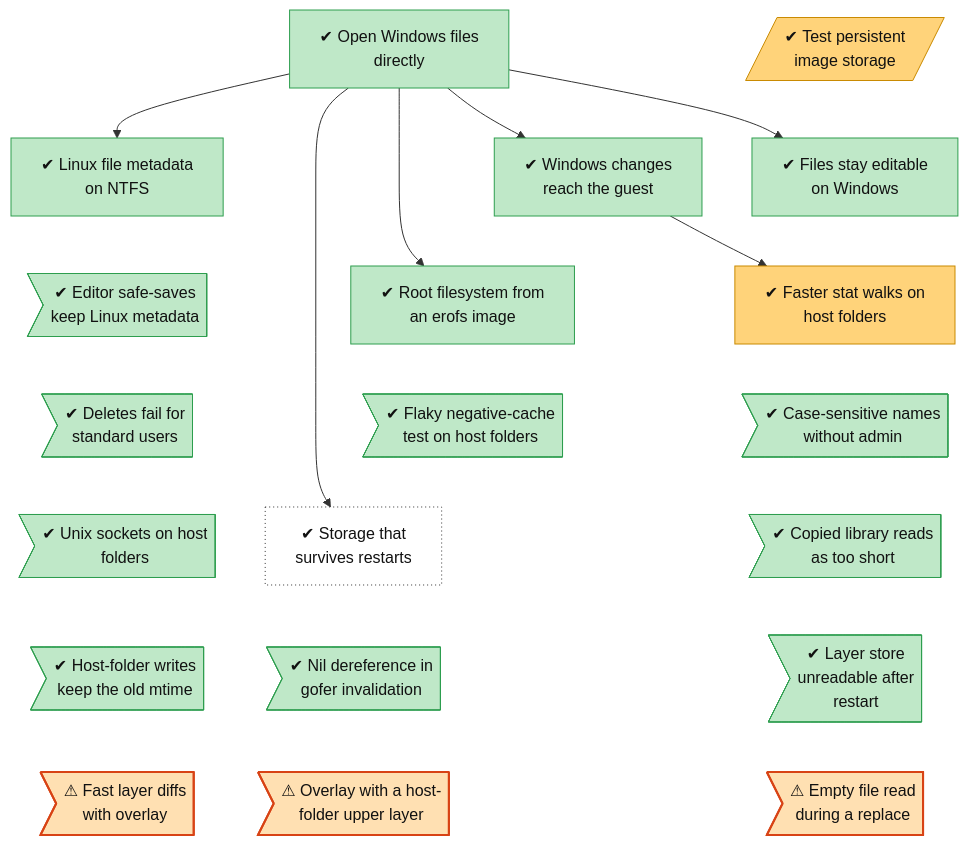
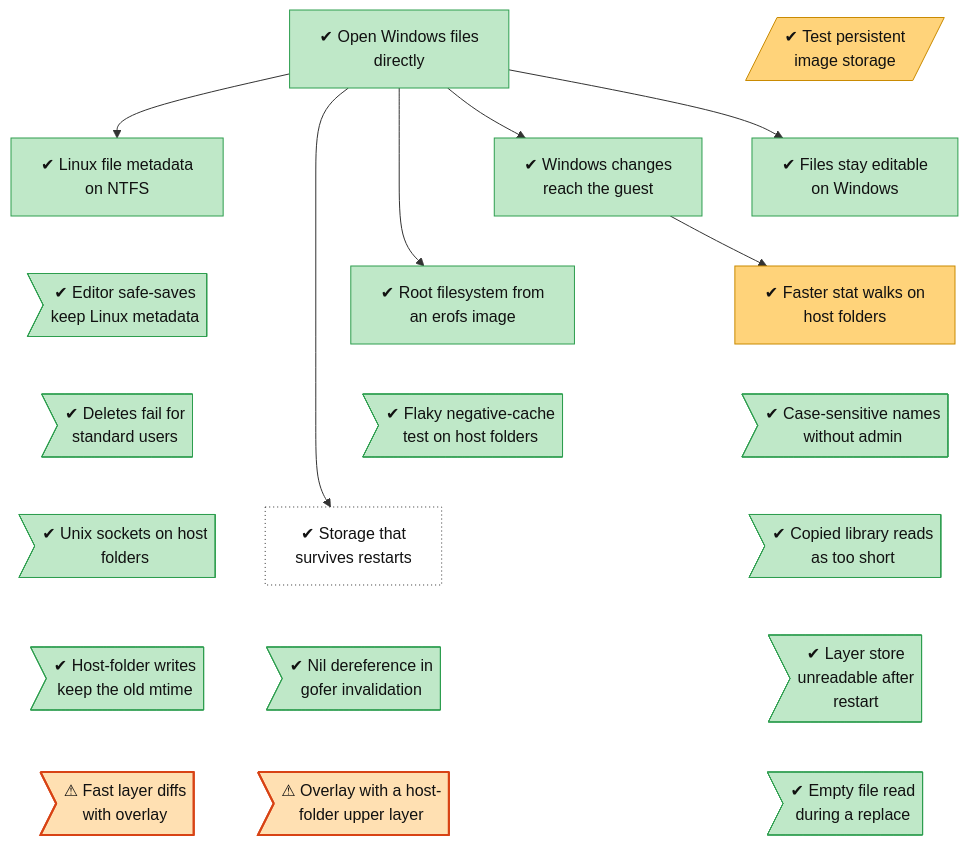
The diagram in docs/roadmap/tracks/fs.md (lhns/gvisor-windows), drawn with Mermaid before and after one commit. The commit also changed other lines of this file and 2 other files, not shown here.

Commit message:
Tree: aptrename passes 5 of 5 on the development VM

````diff
--- a/docs/roadmap/tracks/fs.md
+++ b/docs/roadmap/tracks/fs.md
@@ -10,65 +10,65 @@
 ```mermaid
 flowchart TB
     fs_persistent_image_storage[/"✔ Test persistent<br/>image storage"/]
     fs_windows_directfs["✔ Open Windows files<br/>directly"]
     fs_change_notifications["✔ Windows changes<br/>reach the guest"]
     fs_linux_metadata_on_ntfs["✔ Linux file metadata<br/>on NTFS"]
     fs_handles_do_not_block_users["✔ Files stay editable<br/>on Windows"]
     fs_root_filesystem_source["✔ Root filesystem from<br/>an erofs image"]
     fs_safe_save_keeps_metadata>"✔ Editor safe-saves<br/>keep Linux metadata"]
     fs_attribute_cache["✔ Faster stat walks on<br/>host folders"]
     fs_flaky_negative_cache_test>"✔ Flaky negative-cache<br/>test on host folders"]
     fs_standard_user_delete_rights>"✔ Deletes fail for<br/>standard users"]
     fs_case_sensitivity_without_admin>"✔ Case-sensitive names<br/>without admin"]
     fs_persistent_storage_impl["✔ Storage that<br/>survives restarts"]
     fs_unix_sockets_on_host_folders>"✔ Unix sockets on host<br/>folders"]
     fs_copied_file_too_short>"✔ Copied library reads<br/>as too short"]
     fs_disown_children_nil_deref>"✔ Nil dereference in<br/>gofer invalidation"]
     fs_host_folder_mtime_resolution>"✔ Host-folder writes<br/>keep the old mtime"]
     fs_layer_store_corrupt_after_restart>"✔ Layer store<br/>unreadable after<br/>restart"]
     fs_overlay_upper_on_host_folder>"⚠ Overlay with a host-<br/>folder upper layer"]
     fs_overlay_native_diff>"⚠ Fast layer diffs<br/>with overlay"]
-    fs_layers_empty_on_slow_host>"⚠ Empty file read<br/>during a replace"]
+    fs_layers_empty_on_slow_host>"✔ Empty file read<br/>during a replace"]
     fs_persistent_image_storage ~~~ fs_change_notifications
     fs_windows_directfs ~~~ fs_linux_metadata_on_ntfs
     fs_windows_directfs ~~~ fs_handles_do_not_block_users
     fs_change_notifications ~~~ fs_root_filesystem_source
     fs_linux_metadata_on_ntfs ~~~ fs_safe_save_keeps_metadata
     fs_handles_do_not_block_users ~~~ fs_attribute_cache
     fs_root_filesystem_source ~~~ fs_flaky_negative_cache_test
     fs_safe_save_keeps_metadata ~~~ fs_standard_user_delete_rights
     fs_attribute_cache ~~~ fs_case_sensitivity_without_admin
     fs_flaky_negative_cache_test ~~~ fs_persistent_storage_impl
     fs_standard_user_delete_rights ~~~ fs_unix_sockets_on_host_folders
     fs_case_sensitivity_without_admin ~~~ fs_copied_file_too_short
     fs_persistent_storage_impl ~~~ fs_disown_children_nil_deref
     fs_unix_sockets_on_host_folders ~~~ fs_host_folder_mtime_resolution
     fs_copied_file_too_short ~~~ fs_layer_store_corrupt_after_restart
     fs_disown_children_nil_deref ~~~ fs_overlay_upper_on_host_folder
     fs_host_folder_mtime_resolution ~~~ fs_overlay_native_diff
     fs_layer_store_corrupt_after_restart ~~~ fs_layers_empty_on_slow_host
     fs_windows_directfs --> fs_change_notifications
     fs_windows_directfs --> fs_linux_metadata_on_ntfs
     fs_windows_directfs --> fs_handles_do_not_block_users
     fs_windows_directfs --> fs_root_filesystem_source
     fs_change_notifications --> fs_attribute_cache
     fs_windows_directfs --> fs_persistent_storage_impl
     classDef vsucc fill:#2e9e4f,stroke:#1b6b34,color:#fff
     classDef succ fill:#bfe8c8,stroke:#2e9e4f,color:#111
     classDef mixed fill:#ffd37a,stroke:#c98a00,color:#111
     classDef bad fill:#f28b82,stroke:#b3261e,color:#111
     classDef dead fill:#e6e6e6,stroke:#777,stroke-dasharray:5 5,color:#555
     classDef inprog fill:#a8cdf5,stroke:#1f6fc5,color:#111
     classDef next fill:#fff,stroke:#333,color:#111
     classDef blocked fill:#fff,stroke:#b3261e,stroke-dasharray:2 2,color:#111
     classDef parked fill:#f3f3f3,stroke:#999,color:#555
     classDef unrated fill:#fff,stroke:#333,stroke-dasharray:1 3,color:#111
     classDef gate fill:#d9c2f0,stroke:#7b3fb5,color:#111
     classDef decided fill:#ece0f7,stroke:#7b3fb5,stroke-dasharray:2 2,color:#111
     classDef finding fill:#ffe0b2,stroke:#d84315,stroke-width:2px,color:#111
     classDef waiting fill:#e3f2fd,stroke:#1f6fc5,stroke-dasharray:5 5,color:#111
     class fs_persistent_image_storage,fs_attribute_cache mixed
-    class fs_windows_directfs,fs_change_notifications,fs_linux_metadata_on_ntfs,fs_handles_do_not_block_users,fs_root_filesystem_source,fs_safe_save_keeps_metadata,fs_flaky_negative_cache_test,fs_standard_user_delete_rights,fs_case_sensitivity_without_admin,fs_unix_sockets_on_host_folders,fs_copied_file_too_short,fs_disown_children_nil_deref,fs_host_folder_mtime_resolution,fs_layer_store_corrupt_after_restart succ
+    class fs_windows_directfs,fs_change_notifications,fs_linux_metadata_on_ntfs,fs_handles_do_not_block_users,fs_root_filesystem_source,fs_safe_save_keeps_metadata,fs_flaky_negative_cache_test,fs_standard_user_delete_rights,fs_case_sensitivity_without_admin,fs_unix_sockets_on_host_folders,fs_copied_file_too_short,fs_disown_children_nil_deref,fs_host_folder_mtime_resolution,fs_layer_store_corrupt_after_restart,fs_layers_empty_on_slow_host succ
     class fs_persistent_storage_impl unrated
-    class fs_overlay_upper_on_host_folder,fs_overlay_native_diff,fs_layers_empty_on_slow_host finding
+    class fs_overlay_upper_on_host_folder,fs_overlay_native_diff finding
 ```
````
